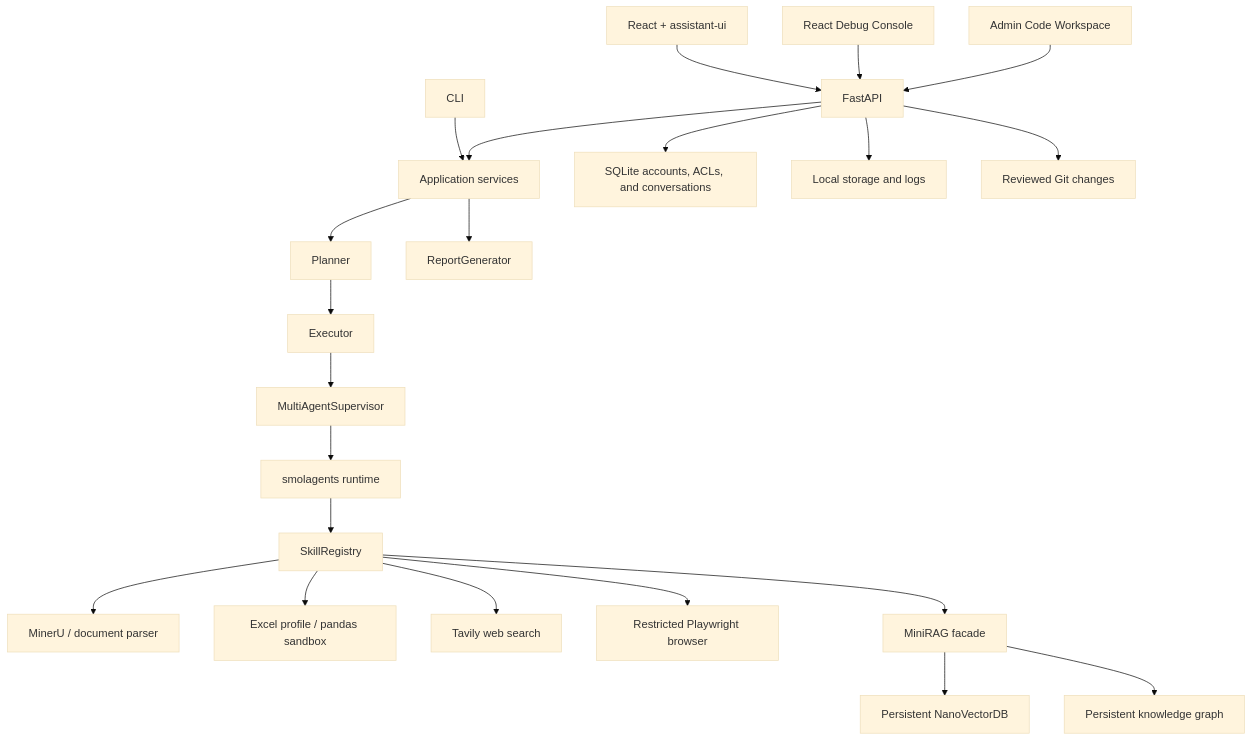
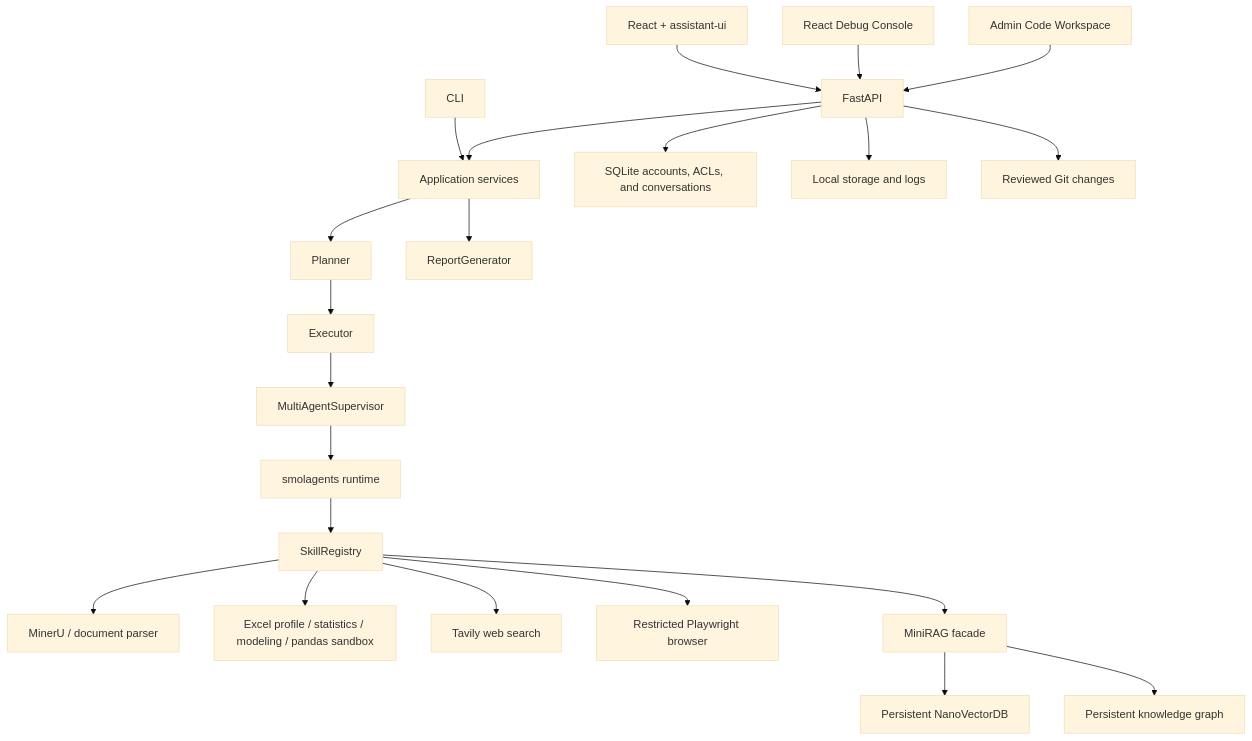
The diagram in README.md (eThAN02010506/PersonalAIProject), drawn with Mermaid (base theme) before and after one commit. The commit also changed other lines of this file and 19 other files, not shown here.

````diff
--- a/README.md
+++ b/README.md
@@ -30,27 +30,27 @@
 ```mermaid
 flowchart TD
     UI["React + assistant-ui"] --> API["FastAPI"]
     DEBUG["React Debug Console"] --> API
     CODEUI["Admin Code Workspace"] --> API
     CLI["CLI"] --> CORE["Application services"]
     API --> CORE
 
     CORE --> PLAN["Planner"]
     PLAN --> EXEC["Executor"]
     EXEC --> SUP["MultiAgentSupervisor"]
     SUP --> SMOL["smolagents runtime"]
     SMOL --> REG["SkillRegistry"]
 
     REG --> DOC["MinerU / document parser"]
-    REG --> XLS["Excel profile / pandas sandbox"]
+    REG --> XLS["Excel profile / statistics / modeling / pandas sandbox"]
     REG --> WEB["Tavily web search"]
     REG --> BROWSER["Restricted Playwright browser"]
     REG --> MEM["MiniRAG facade"]
     MEM --> VEC["Persistent NanoVectorDB"]
     MEM --> GRAPH["Persistent knowledge graph"]
 
     CORE --> REPORT["ReportGenerator"]
     API --> SQLITE["SQLite accounts, ACLs, and conversations"]
     API --> STORAGE["Local storage and logs"]
     API --> CODEREVIEW["Reviewed Git changes"]
 ```
````
